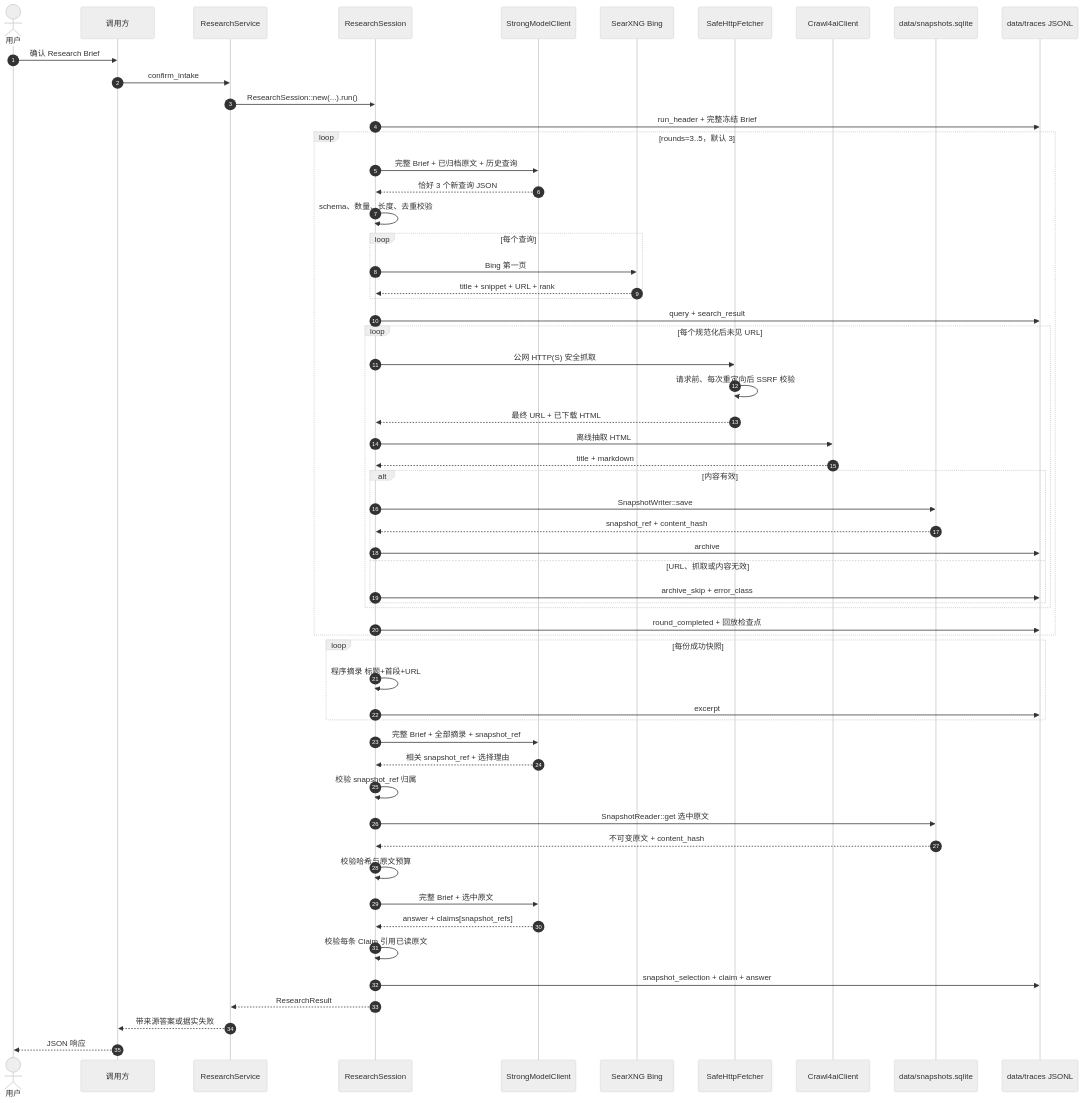
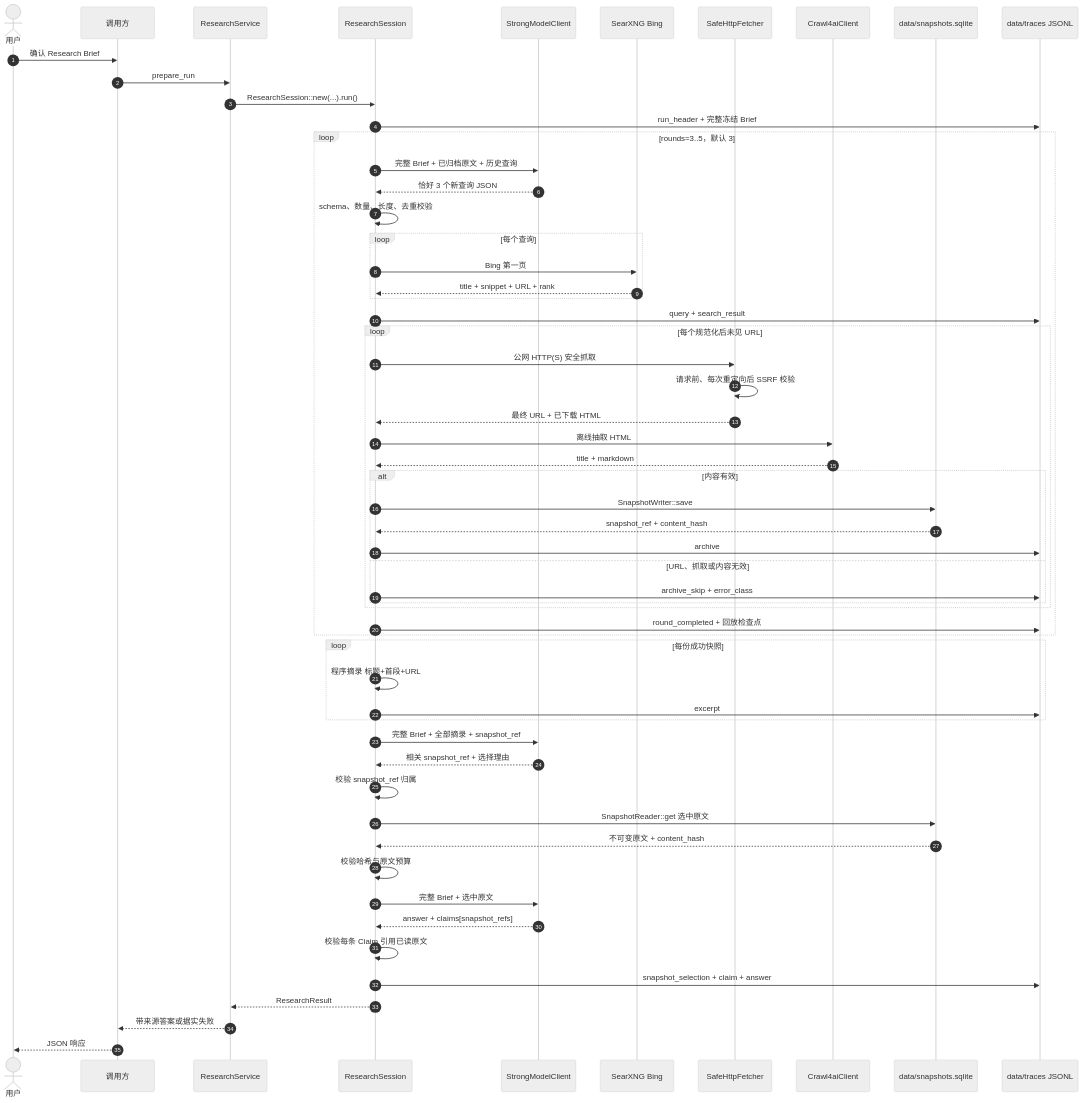
Before and after one commit to SuperCatQR/traceable-research-runtime: the seventh of 7 diagrams in docs/web-search-architecture.md, drawn with Mermaid (neutral theme). The commit also changed other lines of this file and 10 other files, not shown here.

````diff
--- a/docs/web-search-architecture.md
+++ b/docs/web-search-architecture.md
@@ -380,61 +366,61 @@
 ```mermaid
 sequenceDiagram
     autonumber
     actor U as 用户
     participant W as 调用方
     participant A as ResearchService
     participant O as ResearchSession
     participant M as StrongModelClient
     participant E as SearXNG Bing
     participant F as SafeHttpFetcher
     participant C as Crawl4aiClient
     participant P as data/snapshots.sqlite
     participant J as data/traces JSONL
 
     U->>W: 确认 Research Brief
-    W->>A: confirm_intake
+    W->>A: prepare_run
     A->>O: ResearchSession::new(...).run()
     O->>J: run_header + 完整冻结 Brief
     loop rounds=3..5，默认 3
         O->>M: 完整 Brief + 已归档原文 + 历史查询
         M-->>O: 恰好 3 个新查询 JSON
         O->>O: schema、数量、长度、去重校验
         loop 每个查询
             O->>E: Bing 第一页
             E-->>O: title + snippet + URL + rank
         end
         O->>J: query + search_result
         loop 每个规范化后未见 URL
             O->>F: 公网 HTTP(S) 安全抓取
             F->>F: 请求前、每次重定向后 SSRF 校验
             F-->>O: 最终 URL + 已下载 HTML
             O->>C: 离线抽取 HTML
             C-->>O: title + markdown
             alt 内容有效
                 O->>P: SnapshotWriter::save
                 P-->>O: snapshot_ref + content_hash
                 O->>J: archive
             else URL、抓取或内容无效
                 O->>J: archive_skip + error_class
             end
         end
         O->>J: round_completed + 回放检查点
     end
     loop 每份成功快照
         O->>O: 程序摘录 标题+首段+URL
         O->>J: excerpt
     end
     O->>M: 完整 Brief + 全部摘录 + snapshot_ref
     M-->>O: 相关 snapshot_ref + 选择理由
     O->>O: 校验 snapshot_ref 归属
     O->>P: SnapshotReader::get 选中原文
     P-->>O: 不可变原文 + content_hash
     O->>O: 校验哈希与原文预算
     O->>M: 完整 Brief + 选中原文
     M-->>O: answer + claims[snapshot_refs]
     O->>O: 校验每条 Claim 引用已读原文
     O->>J: snapshot_selection + claim + answer
     O-->>A: ResearchResult
     A-->>W: 带来源答案或据实失败
     W-->>U: JSON 响应
 ```
````
